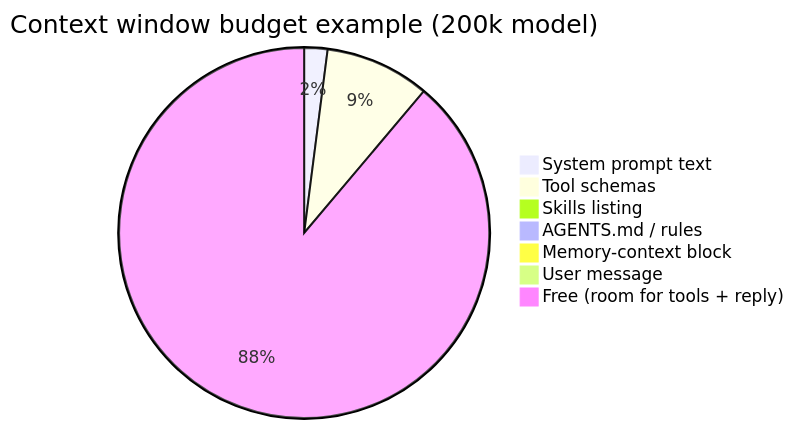
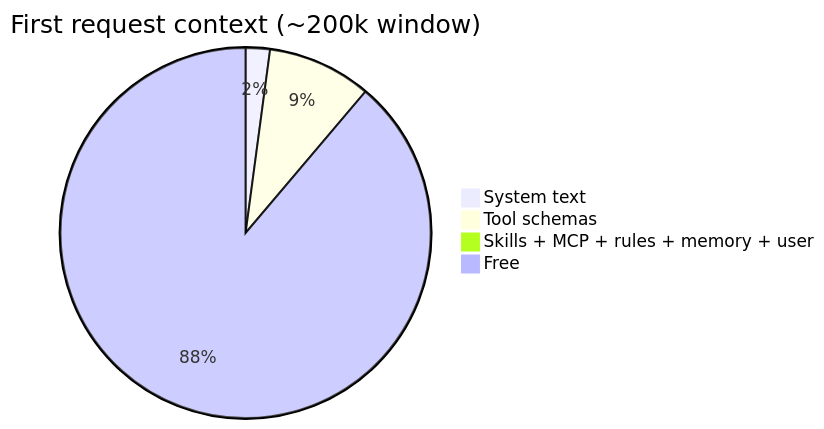
The second of 3 diagrams in docs/PROMPT_JOURNEY_WALKTHROUGH.md (hoodini/logan-cli), drawn with Mermaid before and after one commit. The commit also changed other lines of this file and 17 other files, not shown here.

````diff
--- a/docs/PROMPT_JOURNEY_WALKTHROUGH.md
+++ b/docs/PROMPT_JOURNEY_WALKTHROUGH.md
@@ -155,10 +256,7 @@
 ```mermaid
-pie title Context window budget example (200k model)
-  "System prompt text" : 4000
+pie title First request context (~200k window)
+  "System text" : 4200
   "Tool schemas" : 18000
-  "Skills listing" : 800
-  "AGENTS.md / rules" : 1500
-  "Memory-context block" : 400
-  "User message" : 50
-  "Free (room for tools + reply)" : 175250
+  "Skills + MCP + rules + memory + user" : 1520
+  "Free" : 176280
 ```
````
